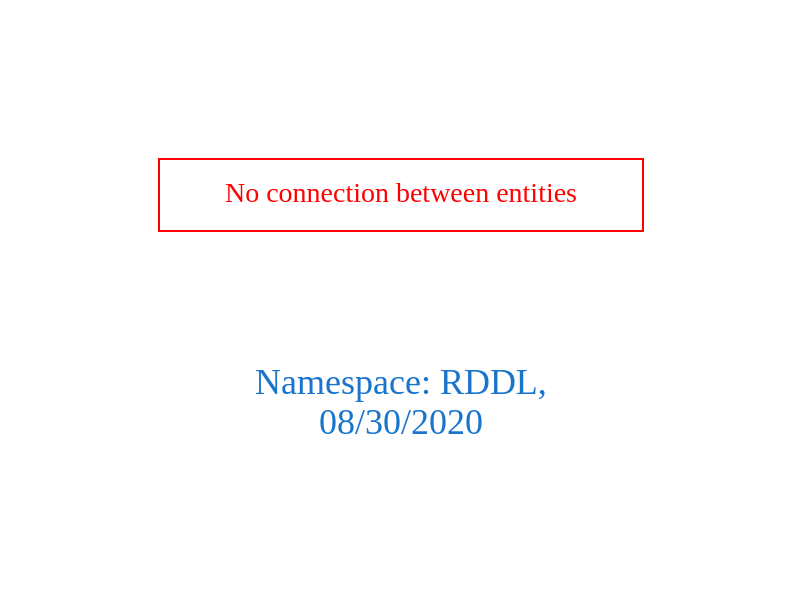
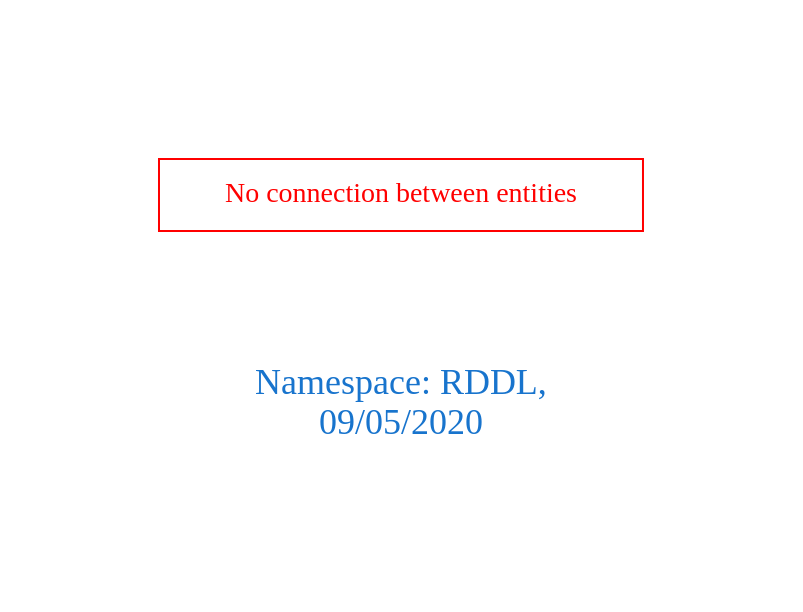
Before and after one commit to arago/OGIT: the diagram in downloads/RDDL.dot, drawn with Graphviz. The commit also changed 1821 other files, not shown here.

```diff
--- a/downloads/RDDL.dot
+++ b/downloads/RDDL.dot
@@ -1,9 +1,9 @@
 digraph OGIT_ontology {
  graph [ rankdir= LR,pad=1 
 fontsize = 18,
-fontcolor= dodgerblue3,label = "\n\n\nNamespace: RDDL, \n 08/30/2020"];
+fontcolor= dodgerblue3,label = "\n\n\nNamespace: RDDL, \n 09/05/2020"];
 node[shape=polygon];
 edge [  color="gray81"];
 
 "No connection between entities" [fontcolor = "red",color="red", shape="polygon"]
 }
```
